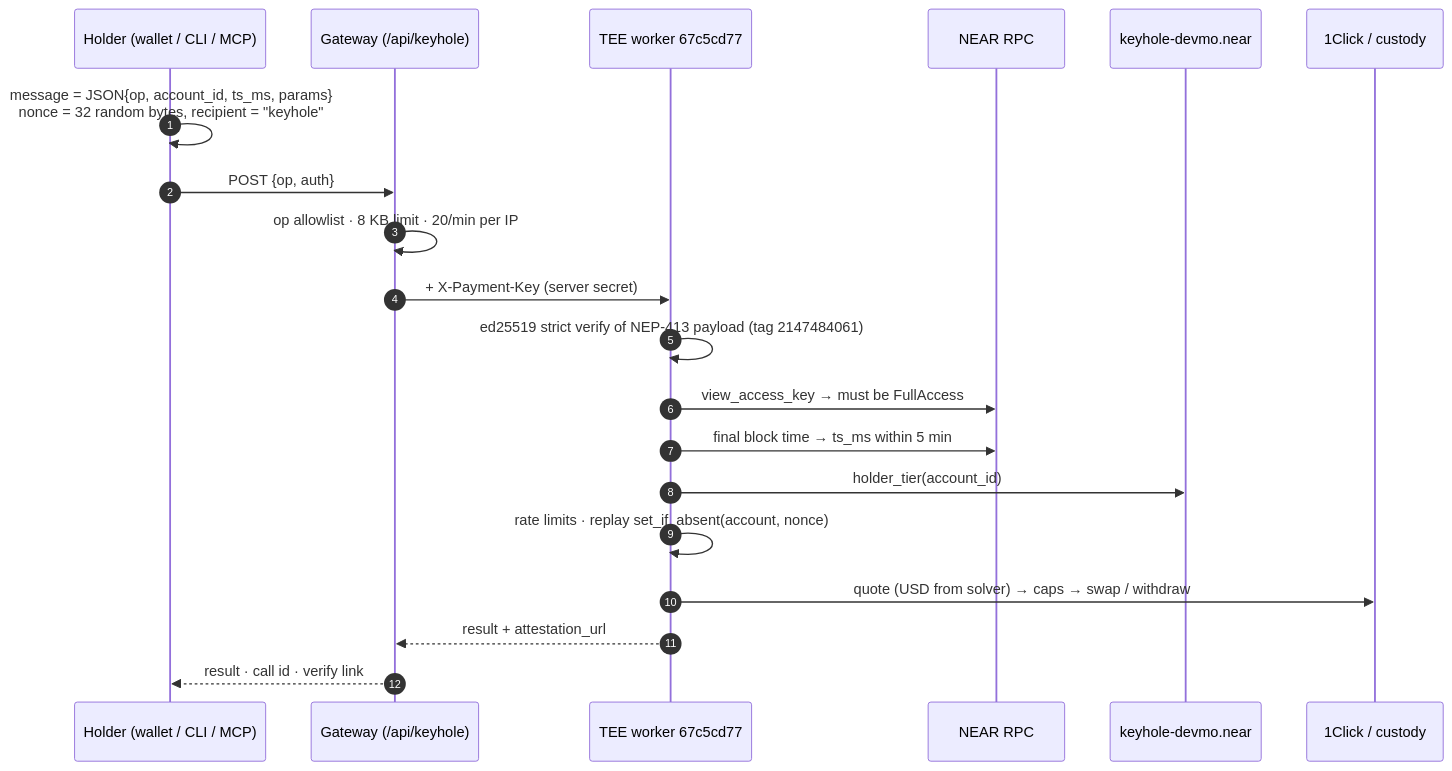
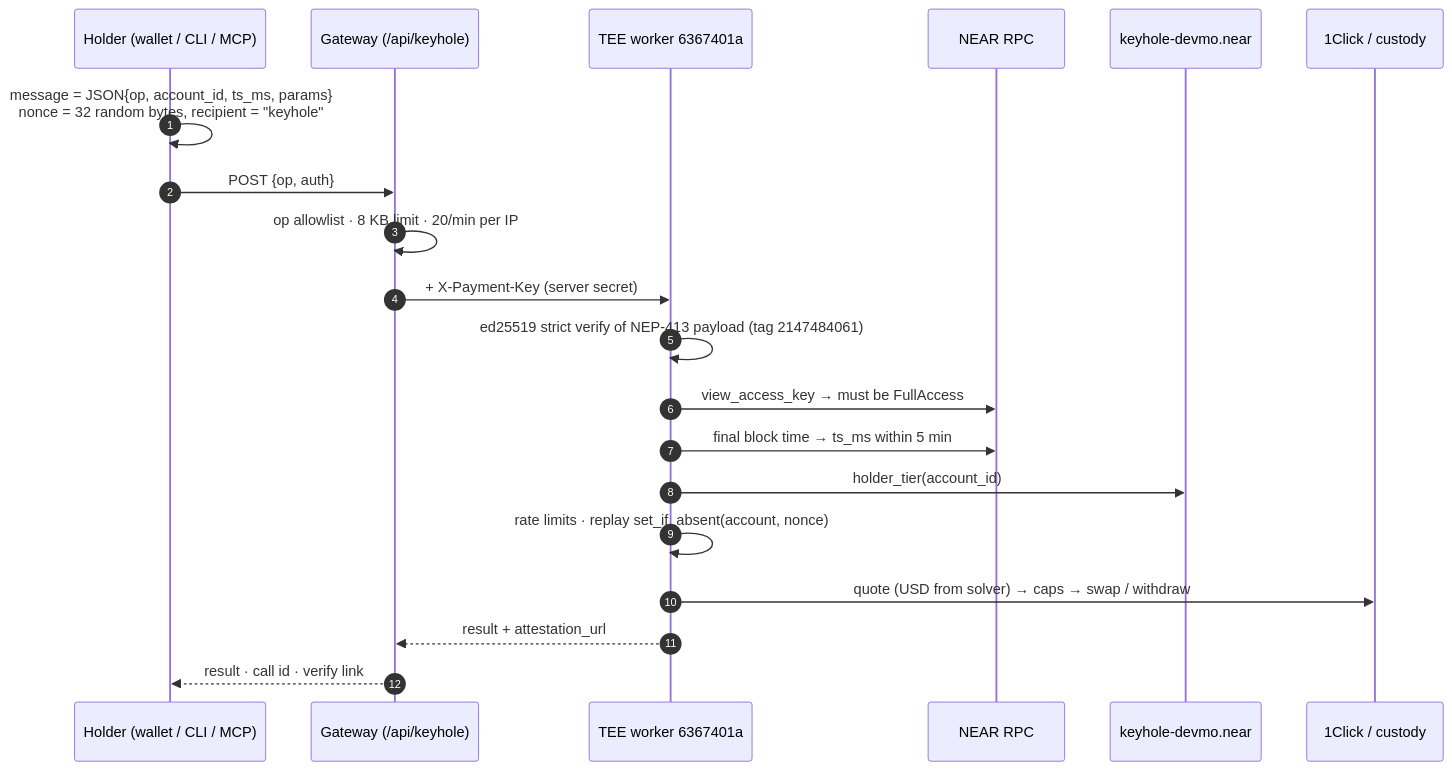
The second of 2 diagrams in README.md (mohamedwael201193/keyhole), drawn with Mermaid before and after one commit. The commit also changed other lines of this file and 12 other files, not shown here.

````diff
--- a/README.md
+++ b/README.md
@@ -257,22 +258,22 @@
 ```mermaid
 sequenceDiagram
   autonumber
   participant U as Holder (wallet / CLI / MCP)
   participant G as Gateway (/api/keyhole)
-  participant T as TEE worker 67c5cd77
+  participant T as TEE worker 6367401a
   participant R as NEAR RPC
   participant K as keyhole-devmo.near
   participant X as 1Click / custody
   U->>U: message = JSON{op, account_id, ts_ms, params}<br/>nonce = 32 random bytes, recipient = "keyhole"
   U->>G: POST {op, auth}
   G->>G: op allowlist · 8 KB limit · 20/min per IP
   G->>T: + X-Payment-Key (server secret)
   T->>T: ed25519 strict verify of NEP-413 payload (tag 2147484061)
   T->>R: view_access_key → must be FullAccess
   T->>R: final block time → ts_ms within 5 min
   T->>K: holder_tier(account_id)
   T->>T: rate limits · replay set_if_absent(account, nonce)
   T->>X: quote (USD from solver) → caps → swap / withdraw
   T-->>G: result + attestation_url
   G-->>U: result · call id · verify link
 ```
````
